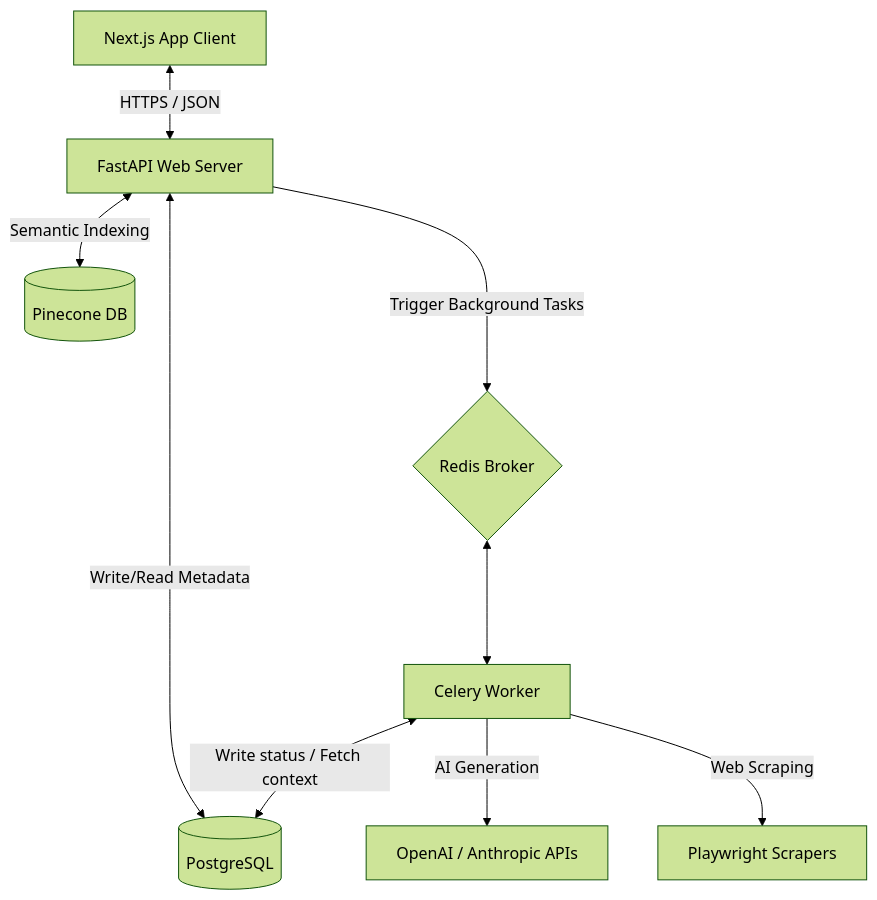
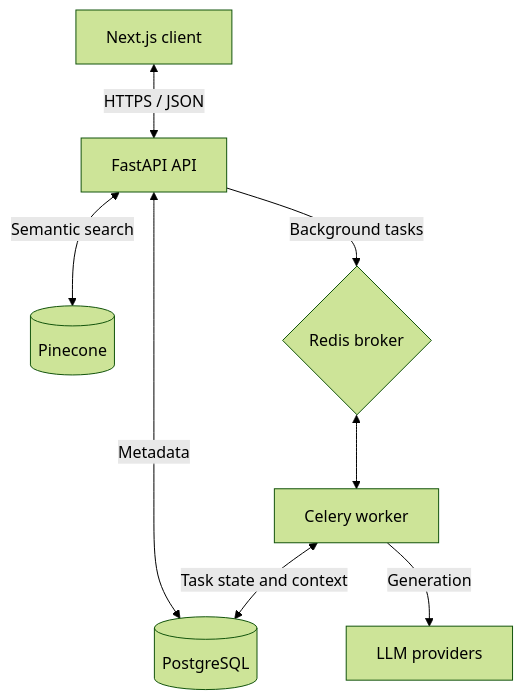
One commit to Vaibhavtiwari-dev/eurogrant-ai changed the diagram in README.md. Above: the diagram before and after it, drawn with Mermaid (forest theme). The commit also changed other lines of this file, not shown here.

````diff
--- a/README.md
+++ b/README.md
@@ -32,11 +34,10 @@
 ```mermaid
 graph TD
-    Client[Next.js App Client] <-->|HTTPS / JSON| API[FastAPI Web Server]
-    API <-->|Write/Read Metadata| DB[(PostgreSQL)]
-    API <-->|Semantic Indexing| VectorDB[(Pinecone DB)]
-    API --->|Trigger Background Tasks| Redis{Redis Broker}
-    Redis <---> Worker[Celery Worker]
-    Worker <-->|Write status / Fetch context| DB
-    Worker -->|AI Generation| LLM[OpenAI / Anthropic APIs]
-    Worker -->|Web Scraping| Scraper[Playwright Scrapers]
+    Client[Next.js client] <-->|HTTPS / JSON| API[FastAPI API]
+    API <-->|Metadata| DB[(PostgreSQL)]
+    API <-->|Semantic search| VectorDB[(Pinecone)]
+    API -->|Background tasks| Redis{Redis broker}
+    Redis <--> Worker[Celery worker]
+    Worker <-->|Task state and context| DB
+    Worker -->|Generation| LLM[LLM providers]
 ```
````
